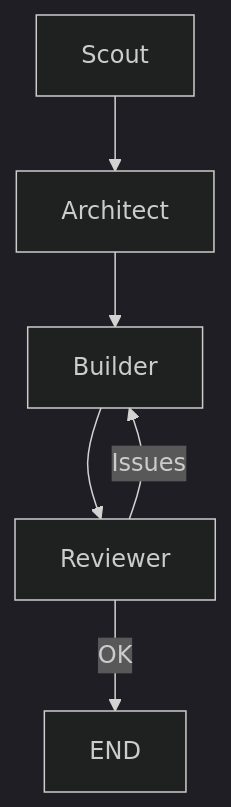
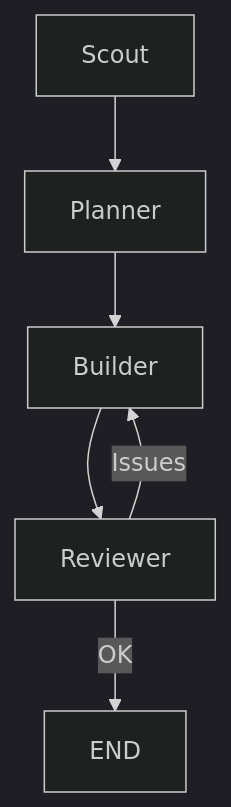
Before and after one commit to MaciWP/claude-code-poneglyph: the diagram in .claude/workflows/dev-cycle.md, drawn with Mermaid (dark theme). The commit also changed other lines of this file and 24 other files, not shown here.

First line of the commit message:
refactor(agents): consolidate architect into planner (Mode A + Mode B)

````diff
--- a/.claude/workflows/dev-cycle.md
+++ b/.claude/workflows/dev-cycle.md
@@ -52,8 +52,8 @@
 ```mermaid
 graph TD
-  S[Scout] --> A[Architect]
-  A --> B[Builder]
+  S[Scout] --> P[Planner]
+  P --> B[Builder]
   B --> R[Reviewer]
   R -->|Issues| B
   R -->|OK| E[END]
 ```
````
